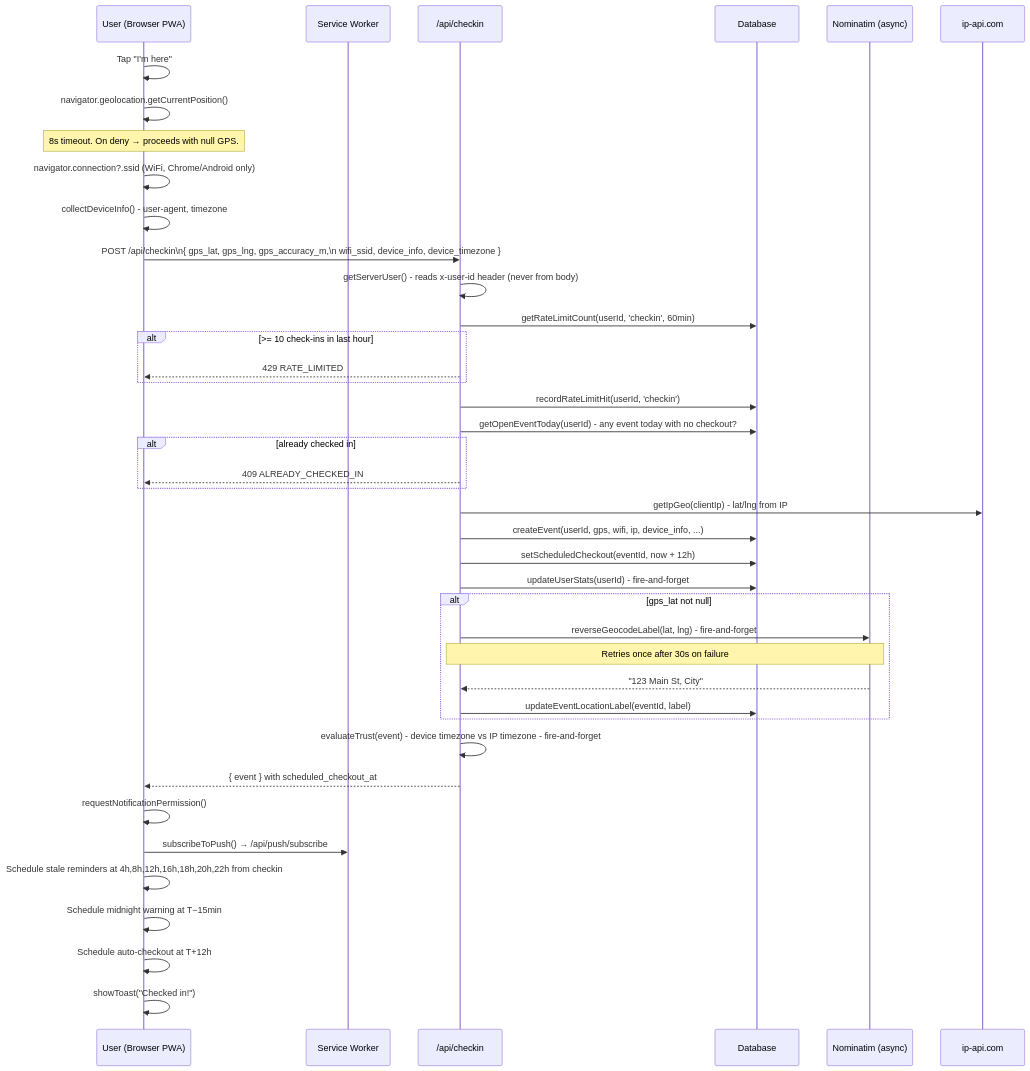
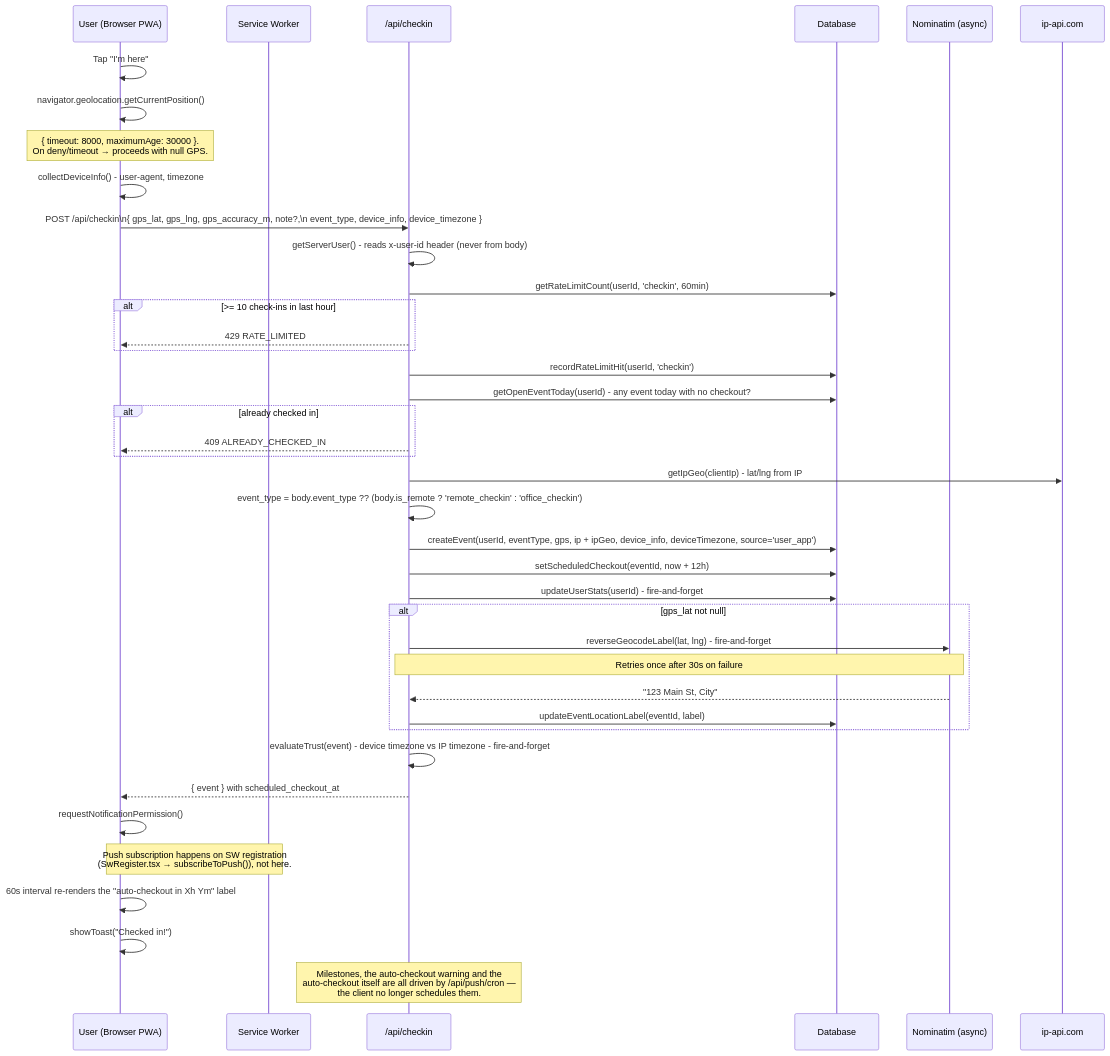
Before and after one commit to ksharma20/checkmark: the first of 6 diagrams in docs/architecture/checkin-flow.md, drawn with Mermaid. The commit also changed other lines of this file and 296 other files, not shown here.

````diff
--- a/docs/architecture/checkin-flow.md
+++ b/docs/architecture/checkin-flow.md
@@ -7,52 +13,51 @@
 ```mermaid
 sequenceDiagram
   participant U as User (Browser PWA)
   participant SW as Service Worker
   participant API as /api/checkin
   participant DB as Database
   participant Nom as Nominatim (async)
   participant IPAPI as ip-api.com
 
   U->>U: Tap "I'm here"
   U->>U: navigator.geolocation.getCurrentPosition()
-  Note over U: 8s timeout. On deny → proceeds with null GPS.
-  U->>U: navigator.connection?.ssid (WiFi, Chrome/Android only)
+  Note over U: { timeout: 8000, maximumAge: 30000 }.<br/>On deny/timeout → proceeds with null GPS.
   U->>U: collectDeviceInfo() - user-agent, timezone
 
-  U->>API: POST /api/checkin\n{ gps_lat, gps_lng, gps_accuracy_m,\n  wifi_ssid, device_info, device_timezone }
+  U->>API: POST /api/checkin\n{ gps_lat, gps_lng, gps_accuracy_m, note?,\n  event_type, device_info, device_timezone }
 
   API->>API: getServerUser() - reads x-user-id header (never from body)
   API->>DB: getRateLimitCount(userId, 'checkin', 60min)
   alt >= 10 check-ins in last hour
     API-->>U: 429 RATE_LIMITED
   end
   API->>DB: recordRateLimitHit(userId, 'checkin')
   API->>DB: getOpenEventToday(userId) - any event today with no checkout?
   alt already checked in
     API-->>U: 409 ALREADY_CHECKED_IN
   end
 
   API->>IPAPI: getIpGeo(clientIp) - lat/lng from IP
-  API->>DB: createEvent(userId, gps, wifi, ip, device_info, ...)
+  API->>API: event_type = body.event_type ?? (body.is_remote ? 'remote_checkin' : 'office_checkin')
+  API->>DB: createEvent(userId, eventType, gps, ip + ipGeo, device_info, deviceTimezone, source='user_app')
 
   API->>DB: setScheduledCheckout(eventId, now + 12h)
   API->>DB: updateUserStats(userId) - fire-and-forget
 
   alt gps_lat not null
     API->>Nom: reverseGeocodeLabel(lat, lng) - fire-and-forget
     Note over API, Nom: Retries once after 30s on failure
     Nom-->>API: "123 Main St, City"
     API->>DB: updateEventLocationLabel(eventId, label)
   end
 
   API->>API: evaluateTrust(event) - device timezone vs IP timezone - fire-and-forget
 
   API-->>U: { event } with scheduled_checkout_at
 
   U->>U: requestNotificationPermission()
-  U->>SW: subscribeToPush() → /api/push/subscribe
-  U->>U: Schedule stale reminders at 4h,8h,12h,16h,18h,20h,22h from checkin
-  U->>U: Schedule midnight warning at T−15min
-  U->>U: Schedule auto-checkout at T+12h
+  Note over U,SW: Push subscription happens on SW registration<br/>(SwRegister.tsx → subscribeToPush()), not here.
+  U->>U: 60s interval re-renders the "auto-checkout in Xh Ym" label
   U->>U: showToast("Checked in!")
+  Note over API: Milestones, the auto-checkout warning and the<br/>auto-checkout itself are all driven by /api/push/cron —<br/>the client no longer schedules them.
 ```
````
